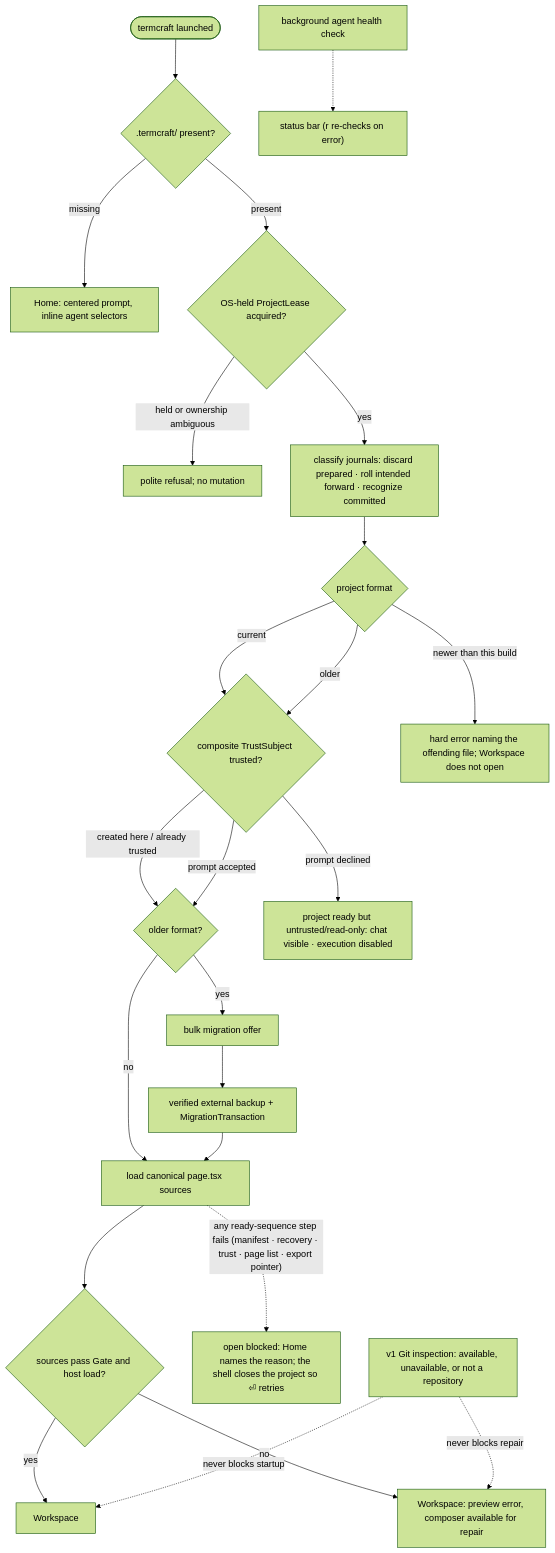
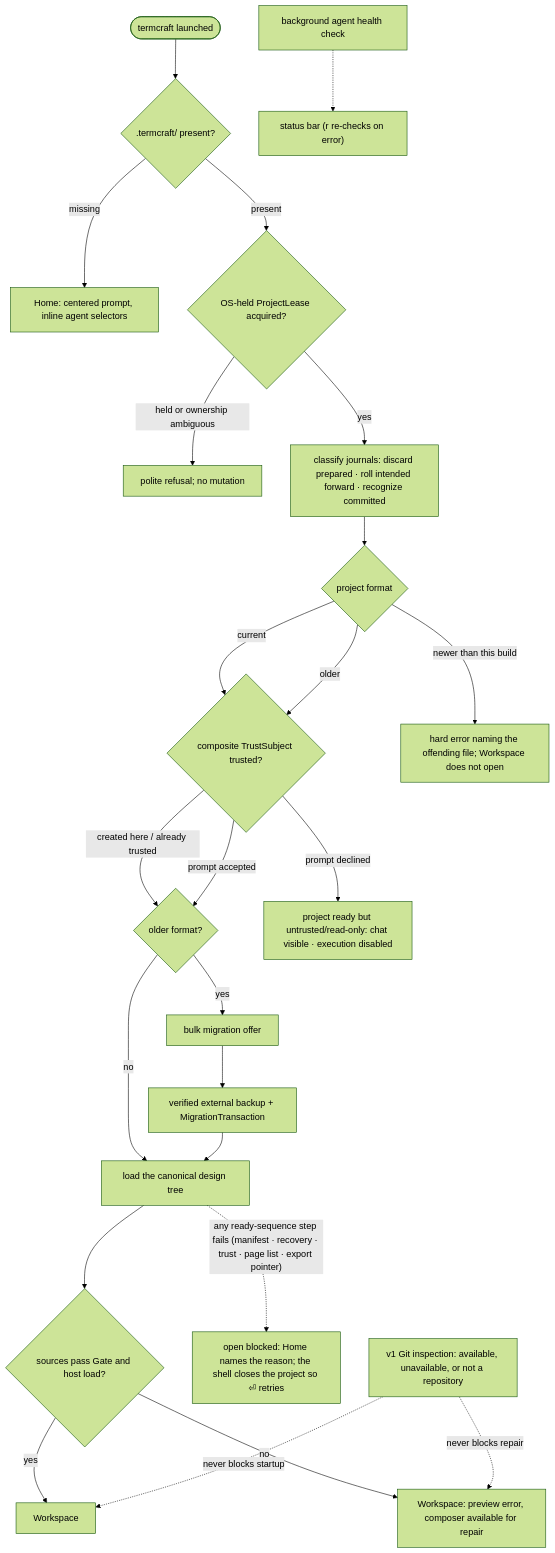
Before and after one commit to khmilevoi/termcraft: the first of 2 diagrams in docs/architecture/flows/launch.md, drawn with Mermaid (forest theme). The commit also changed other lines of this file and 27 other files, not shown here.

````diff
--- a/docs/architecture/flows/launch.md
+++ b/docs/architecture/flows/launch.md
@@ -3,23 +3,23 @@
 ```mermaid
 flowchart TD
     start(["termcraft launched"]) --> findq{".termcraft/ present?"}
     findq -- "missing" --> home["Home: centered prompt, inline agent selectors"]
     findq -- "present" --> lockq{"OS-held ProjectLease acquired?"}
     lockq -- "held or ownership ambiguous" --> refuse["polite refusal; no mutation"]
     lockq -- "yes" --> recover["classify journals: discard prepared · roll intended forward · recognize committed"] --> formatq{"project format"}
     formatq -- "current" --> trustq{"composite TrustSubject trusted?"}
     formatq -- "older" --> trustq
     formatq -- "newer than this build" --> toonew["hard error naming the offending file; Workspace does not open"]
     trustq -- "created here / already trusted" --> posttrust{"older format?"}
     trustq -- "prompt accepted" --> posttrust
     trustq -- "prompt declined" --> untrusted["project ready but untrusted/read-only: chat visible · execution disabled"]
-    posttrust -- "no" --> load["load canonical page.tsx sources"]
+    posttrust -- "no" --> load["load the canonical design tree"]
     posttrust -- "yes" --> offer["bulk migration offer"] --> migrate["verified external backup + MigrationTransaction"] --> load
     load --> sourceq{"sources pass Gate and host load?"}
     sourceq -- "yes" --> ws["Workspace"]
     sourceq -- "no" --> broken["Workspace: preview error, composer available for repair"]
     load -. "any ready-sequence step fails (manifest · recovery · trust · page list · export pointer)" .-> blocked["open blocked: Home names the reason; the shell closes the project so ⏎ retries"]
     gitstate["v1 Git inspection: available, unavailable, or not a repository"] -. "never blocks startup" .-> ws
     gitstate -. "never blocks repair" .-> broken
     health["background agent health check"] -.-> bar["status bar (r re-checks on error)"]
 ```
````
